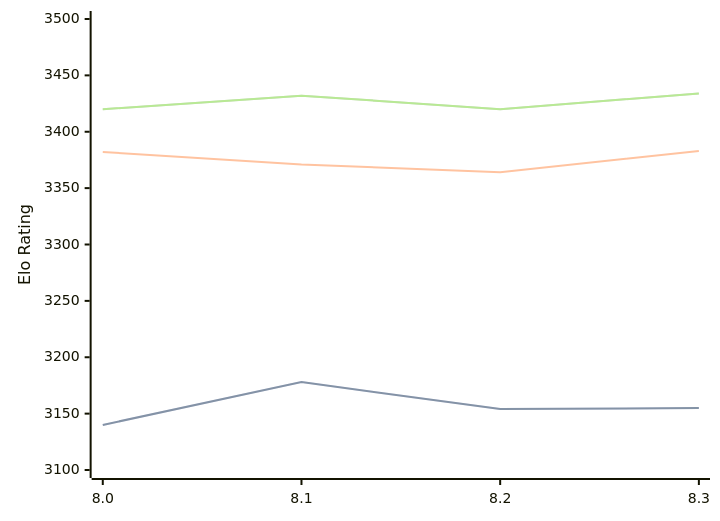
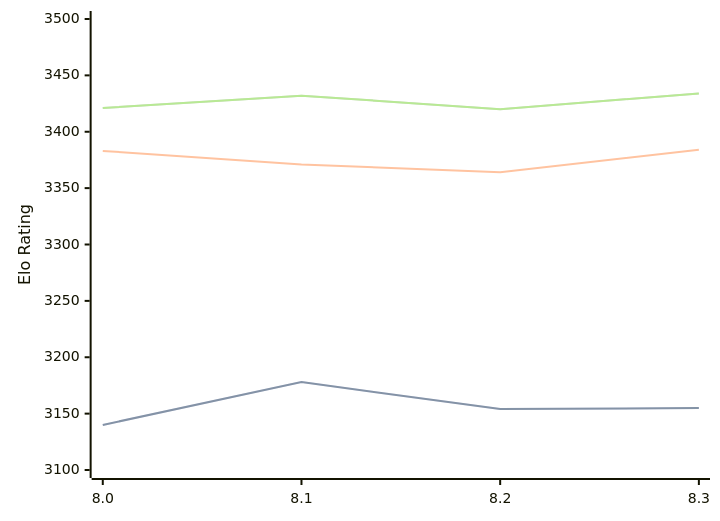
The diagram in engines/Alexander.md (computer-chess-index/cci), drawn with Mermaid before and after one commit. The commit also changed other lines of this file, not shown here.

Commit message:
Update CCI Ratings (ELO VLTC) - 2026-09-08

````diff
--- a/engines/Alexander.md
+++ b/engines/Alexander.md
@@ -34,11 +34,11 @@
 ```mermaid
 %%{init: {"theme":"base","themeVariables":{"seriesColors:['#a3a3a3','#222221','#faa371']}}}%%
 xychart-beta
   x-axis ["8.0", "8.1", "8.2", "8.3"]
   y-axis "Elo Rating" 3100 --> 3500
   line "" [3140, 3178, 3154, 3155]
   line "STC (8.0+0.08s)" [3140, 3178, 3154, 3155]
-  line "LTC (60.0+0.60s)" [3382, 3371, 3364, 3383]
-  line "" [3420, 3432, 3420, 3434]
-  line "VLTC (2m24s+1.12s)" [3420, 3432, 3420, 3434]
+  line "LTC (60.0+0.60s)" [3383, 3371, 3364, 3384]
+  line "" [3421, 3432, 3420, 3434]
+  line "VLTC (2m24s+1.12s)" [3421, 3432, 3420, 3434]
 ```
````
